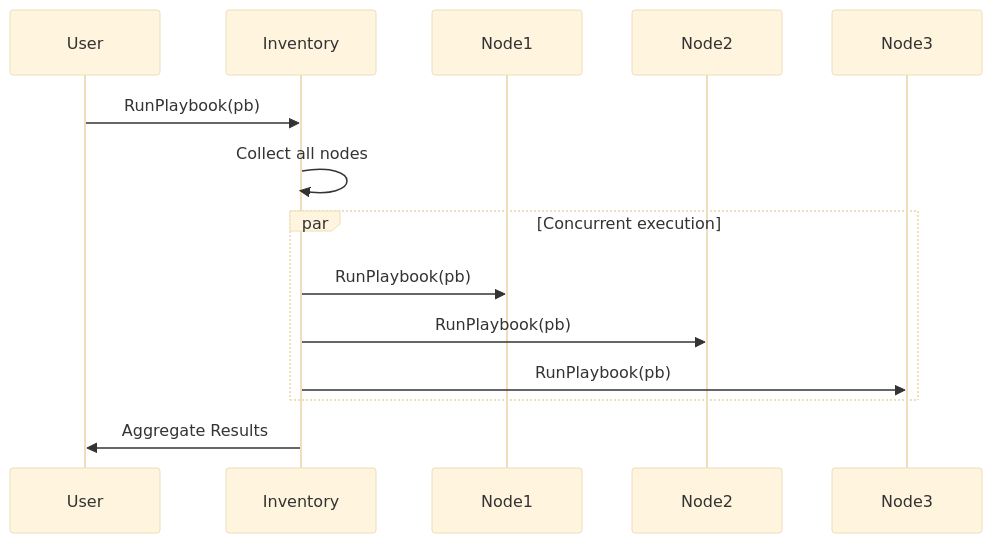
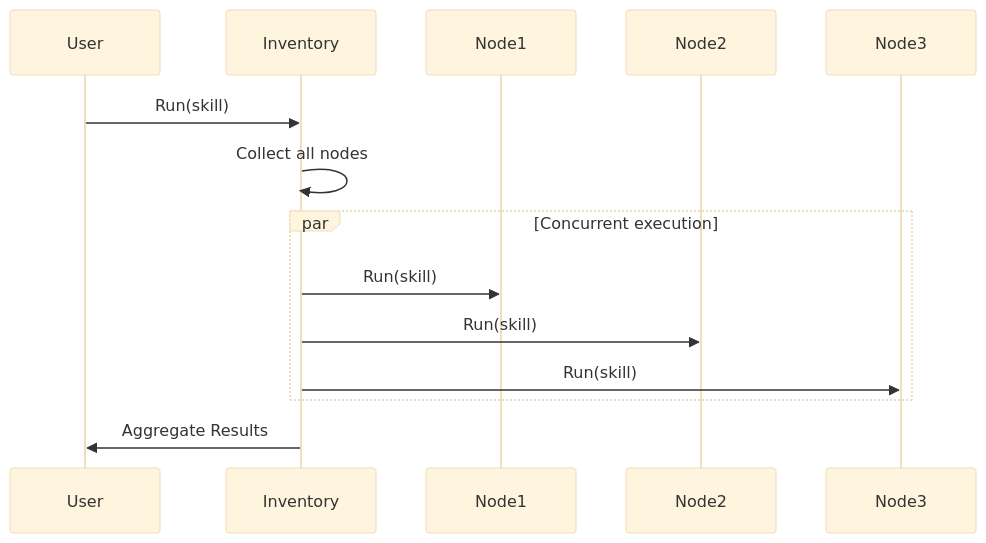
Before and after one commit to dracory/ork: the eighth of 12 diagrams in docs/livewiki/architecture.md, drawn with Mermaid (base theme). The commit also changed other lines of this file and 20 other files, not shown here.

````diff
--- a/docs/livewiki/architecture.md
+++ b/docs/livewiki/architecture.md
@@ -283,11 +317,11 @@
 ```mermaid
 sequenceDiagram
-    User->>Inventory: RunPlaybook(pb)
+    User->>Inventory: Run(skill)
     Inventory->>Inventory: Collect all nodes
     par Concurrent execution
-        Inventory->>Node1: RunPlaybook(pb)
-        Inventory->>Node2: RunPlaybook(pb)
-        Inventory->>Node3: RunPlaybook(pb)
+        Inventory->>Node1: Run(skill)
+        Inventory->>Node2: Run(skill)
+        Inventory->>Node3: Run(skill)
     end
     Inventory->>User: Aggregate Results
 ```
````
